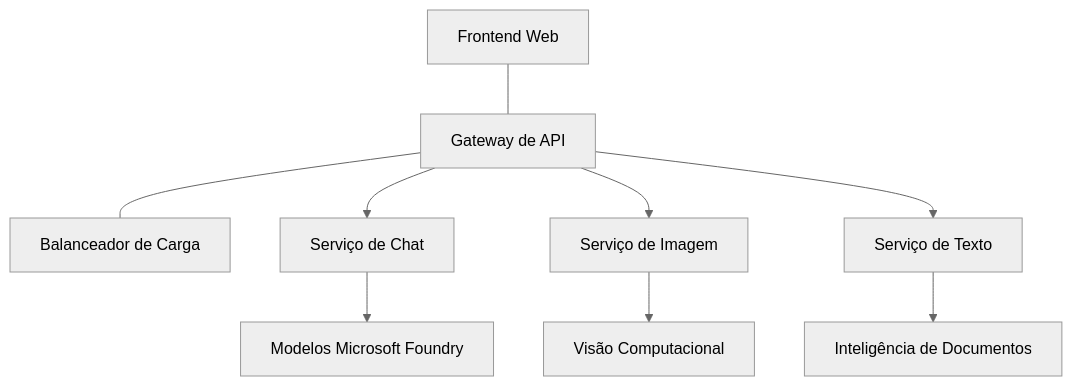
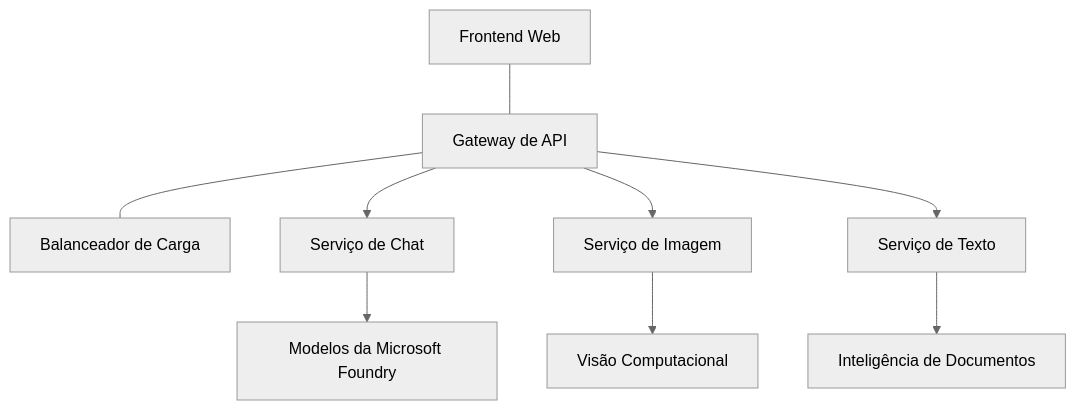
Before and after one commit to microsoft/AZD-for-beginners: the diagram in translations/pt-BR/docs/chapter-08-production/production-ai-practices.md, drawn with Mermaid (neutral theme). The commit also changed other lines of this file and 101 other files, not shown here.

````diff
--- a/translations/pt-BR/docs/chapter-08-production/production-ai-practices.md
+++ b/translations/pt-BR/docs/chapter-08-production/production-ai-practices.md
@@ -30,10 +30,10 @@
 ```mermaid
 graph TD
     Frontend[Frontend Web] --- Gateway[Gateway de API] --- LB[Balanceador de Carga]
     Gateway --> Chat[Serviço de Chat]
     Gateway --> Image[Serviço de Imagem]
     Gateway --> Text[Serviço de Texto]
-    Chat --> OpenAI[Modelos Microsoft Foundry]
+    Chat --> OpenAI[Modelos da Microsoft Foundry]
     Image --> Vision[Visão Computacional]
     Text --> DocIntel[Inteligência de Documentos]
 ```
````
